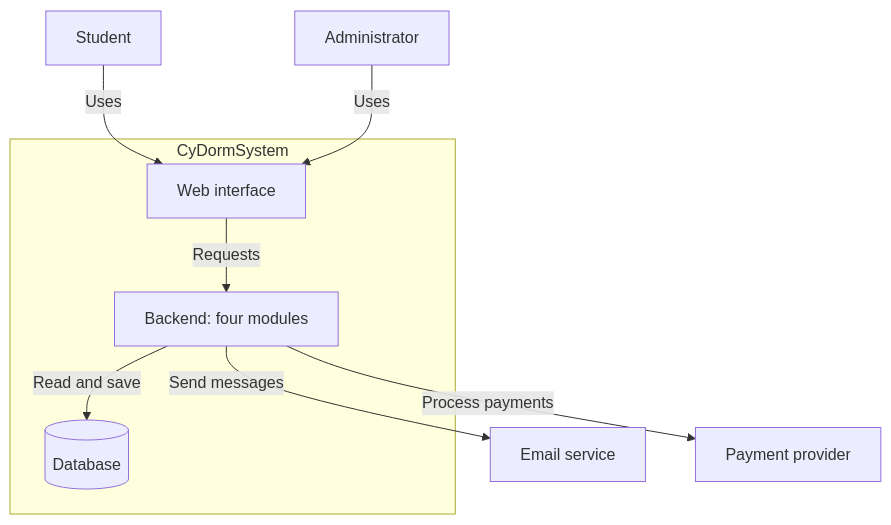
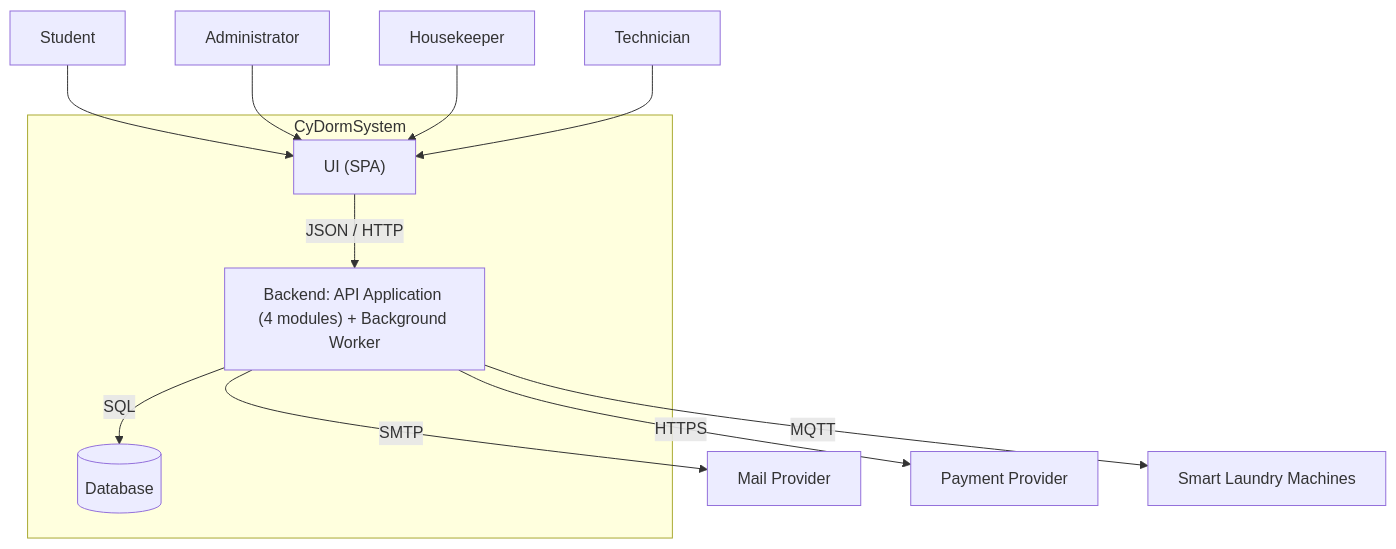
The second of 2 diagrams in 02-decomposition/architecture-draft.md (HichamEjh/CyDormSystem), drawn with Mermaid before and after one commit. The commit also changed other lines of this file, not shown here.

Commit message:
Housekeep and Technician added

````diff
--- a/02-decomposition/architecture-draft.md
+++ b/02-decomposition/architecture-draft.md
@@ -45,11 +46,11 @@
 ```mermaid
 flowchart TD
-  student["Student"] -->|Uses| web
-  admin["Administrator"] -->|Uses| web
+  student["Student"] & admin["Administrator"] & housekeeper["Housekeeper"] & technician["Technician"] --> web
   subgraph system["CyDormSystem"]
-    web["Web interface"] -->|Requests| backend["Backend: four modules"]
-    backend -->|Read and save| database[("Database")]
+    web["UI (SPA)"] -->|JSON / HTTP| backend["Backend: API Application (4 modules) + Background Worker"]
+    backend -->|SQL| database[("Database")]
   end
-  backend -->|Send messages| email["Email service"]
-  backend -->|Process payments| payment["Payment provider"]
+  backend -->|SMTP| email["Mail Provider"]
+  backend -->|HTTPS| payment["Payment Provider"]
+  backend -->|MQTT| laundry["Smart Laundry Machines"]
 ```
````
